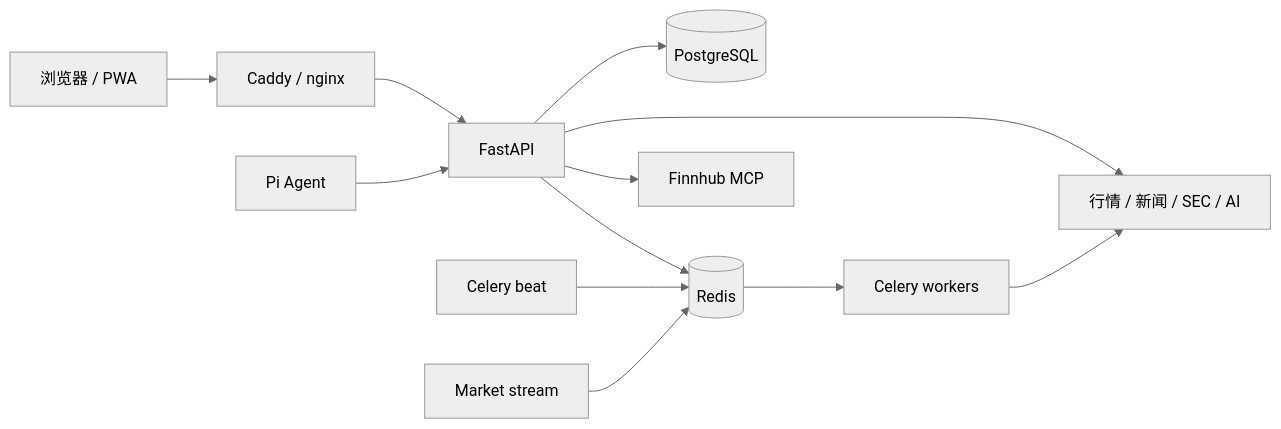
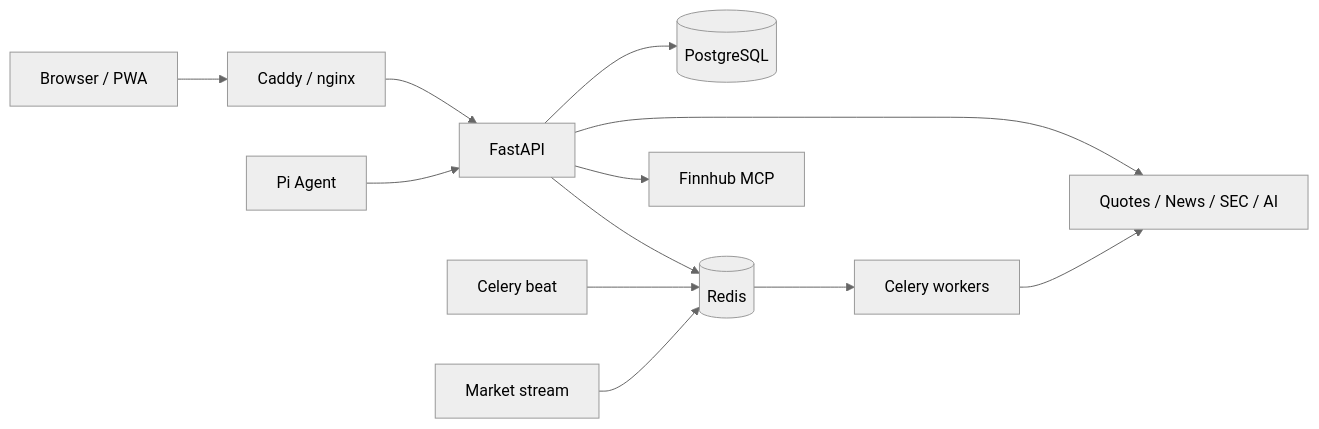
Before and after one commit to Uhmmu/stock-monitor: the diagram in README.md, drawn with Mermaid (neutral theme). The commit also changed other lines of this file and 1 other file, not shown here.

````diff
--- a/README.md
+++ b/README.md
@@ -38,14 +45,14 @@
 ```mermaid
 flowchart LR
-    U["浏览器 / PWA"] --> G["Caddy / nginx"]
+    U["Browser / PWA"] --> G["Caddy / nginx"]
     G --> A["FastAPI"]
     A --> P[("PostgreSQL")]
     A --> R[("Redis")]
     R --> W["Celery workers"]
     B["Celery beat"] --> R
     M["Market stream"] --> R
     A --> F["Finnhub MCP"]
-    A --> X["行情 / 新闻 / SEC / AI"]
+    A --> X["Quotes / News / SEC / AI"]
     W --> X
     Q["Pi Agent"] --> A
 ```
````
